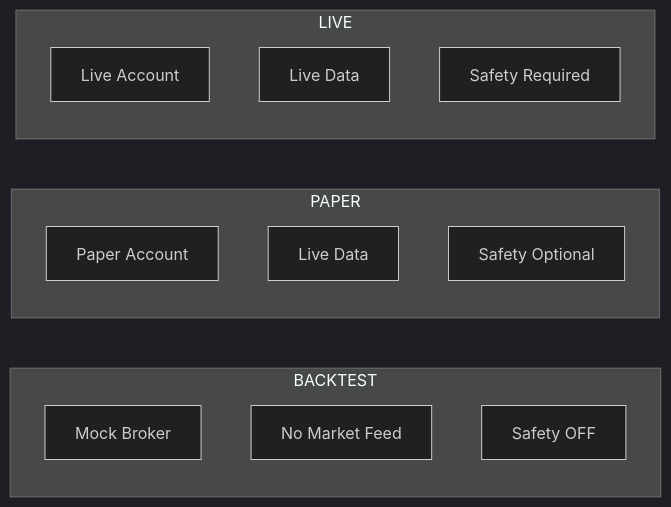
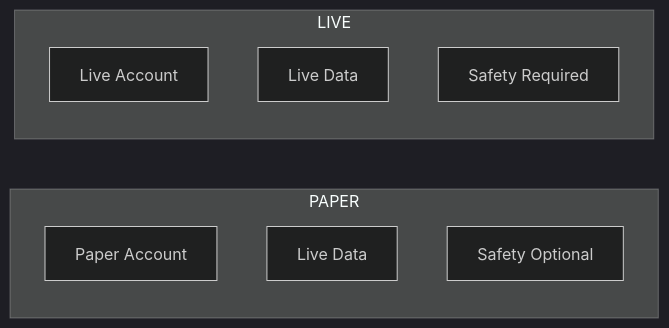
One commit to ccheney/cream changed the seventh of 8 diagrams in ARCHITECTURE.md. Above: the diagram before and after it, drawn with Mermaid (dark theme). The commit also changed other lines of this file and 2 other files, not shown here.

Commit message:
docs: update documentation for simplified architecture
Update project documentation:
- ARCHITECTURE.md: Remove backtest and research sections
- CLAUDE.md: Update project overview and structure
- PROJECT.md: Reflect current system capabilities

Documentation now accurately reflects the live-trading-focused
architecture without backtesting or automated research.

````diff
--- a/ARCHITECTURE.md
+++ b/ARCHITECTURE.md
@@ -294,20 +294,14 @@
 ```mermaid
 flowchart LR
-    subgraph BACKTEST
-        B1[Mock Broker]
-        B2[No Market Feed]
-        B3[Safety OFF]
-    end
-
     subgraph PAPER
         P1[Paper Account]
         P2[Live Data]
         P3[Safety Optional]
     end
 
     subgraph LIVE
         L1[Live Account]
         L2[Live Data]
         L3[Safety Required]
     end
 ```
````
